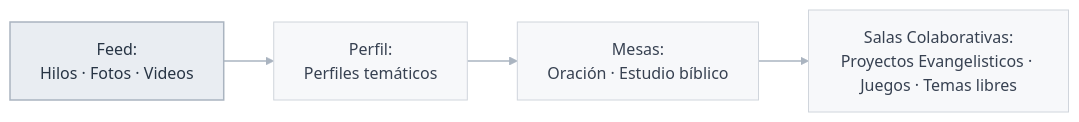
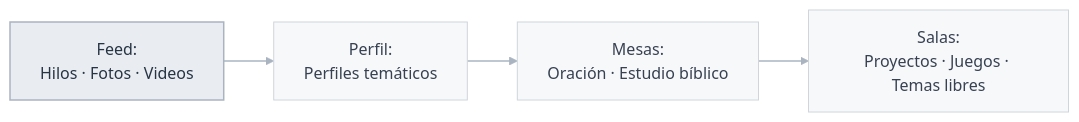
Before and after one commit to IsaacToDv/FraterChrist.org: the first of 2 diagrams in README.md, drawn with Mermaid.

Commit message:
Update Rooms label in flowchart in README.md

```diff
--- a/README.md
+++ b/README.md
@@ -35,15 +35,15 @@
 ~~~mermaid
 flowchart LR
     Feed["Feed:<br/>Hilos · Fotos · Videos"]
     Profile["Perfil:<br/>Perfiles temáticos"]
     Tables["Mesas:<br/>Oración · Estudio bíblico"]
-    Rooms["Salas Colaborativas:<br/>Proyectos Evangelisticos · Juegos · Temas libres"]
+    Rooms["Salas:<br/>Proyectos · Juegos · Temas libres"]
 
     Feed --> Profile --> Tables --> Rooms
 
     classDef first fill:#E9EDF2,stroke:#AAB4C0,color:#273444,stroke-width:1.5px;
     classDef next fill:#F7F8FA,stroke:#D0D5DC,color:#374151,stroke-width:1px;
     class Feed first;
     class Profile,Tables,Rooms next;
     linkStyle default stroke:#AAB4C0,stroke-width:1.5px;
 ~~~
```
